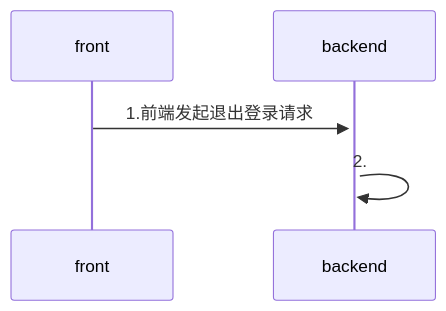
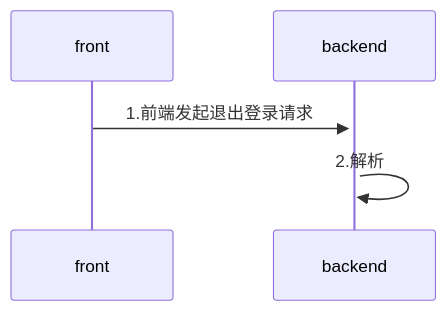
One commit to yingjianzh/iodraw-files changed the diagram in all/未命名-4.md. Above: the diagram before and after it, drawn with Mermaid.

Commit message:
2024-08-05 11:18:24 update

````diff
--- a/all/未命名-4.md
+++ b/all/未命名-4.md
@@ -1,6 +1,6 @@
 ```mermaid
 sequenceDiagram
     front->>+backend: 1.前端发起退出登录请求
-    backend->>backend: 2.
+    backend->>backend: 2.解析
    
 ```
````
